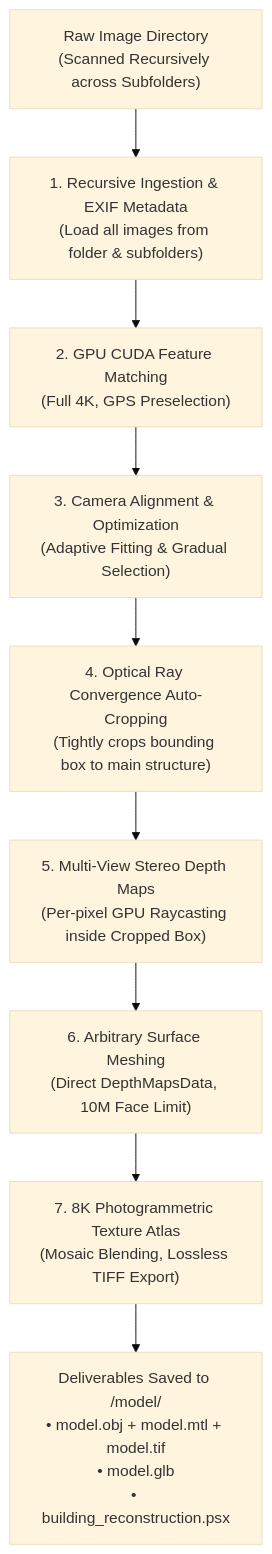
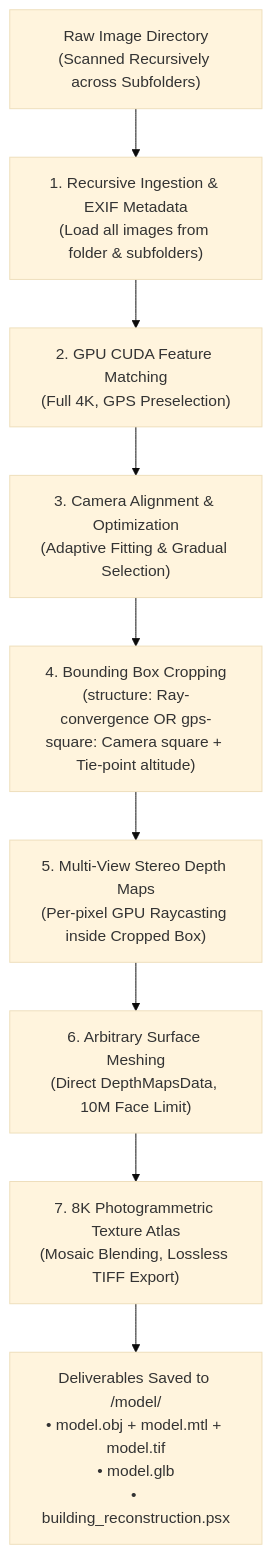
One commit to ngviettam82/AutoMetashape changed the diagram in skills/user/image-to-3d-model/SKILL.md. Above: the diagram before and after it, drawn with Mermaid (base theme). The commit also changed other lines of this file and 1 other file, not shown here.

Commit message:
feat: Add camera GPS square and tie-point altitude cropping strategy

````diff
--- a/skills/user/image-to-3d-model/SKILL.md
+++ b/skills/user/image-to-3d-model/SKILL.md
@@ -34,11 +36,11 @@
 ```mermaid
 flowchart TD
     A["Raw Image Directory<br/>(Scanned Recursively across Subfolders)"] --> B["1. Recursive Ingestion & EXIF Metadata<br/>(Load all images from folder & subfolders)"]
     B --> C["2. GPU CUDA Feature Matching<br/>(Full 4K, GPS Preselection)"]
     C --> D["3. Camera Alignment & Optimization<br/>(Adaptive Fitting & Gradual Selection)"]
-    D --> E["4. Optical Ray Convergence Auto-Cropping<br/>(Tightly crops bounding box to main structure)"]
+    D --> E["4. Bounding Box Cropping<br/>(structure: Ray-convergence OR gps-square: Camera square + Tie-point altitude)"]
     E --> F["5. Multi-View Stereo Depth Maps<br/>(Per-pixel GPU Raycasting inside Cropped Box)"]
     F --> G["6. Arbitrary Surface Meshing<br/>(Direct DepthMapsData, 10M Face Limit)"]
     G --> H["7. 8K Photogrammetric Texture Atlas<br/>(Mosaic Blending, Lossless TIFF Export)"]
     H --> I["Deliverables Saved to <images_dir>/model/<br/>• model.obj + model.mtl + model.tif<br/>• model.glb<br/>• building_reconstruction.psx"]
 ```
````
